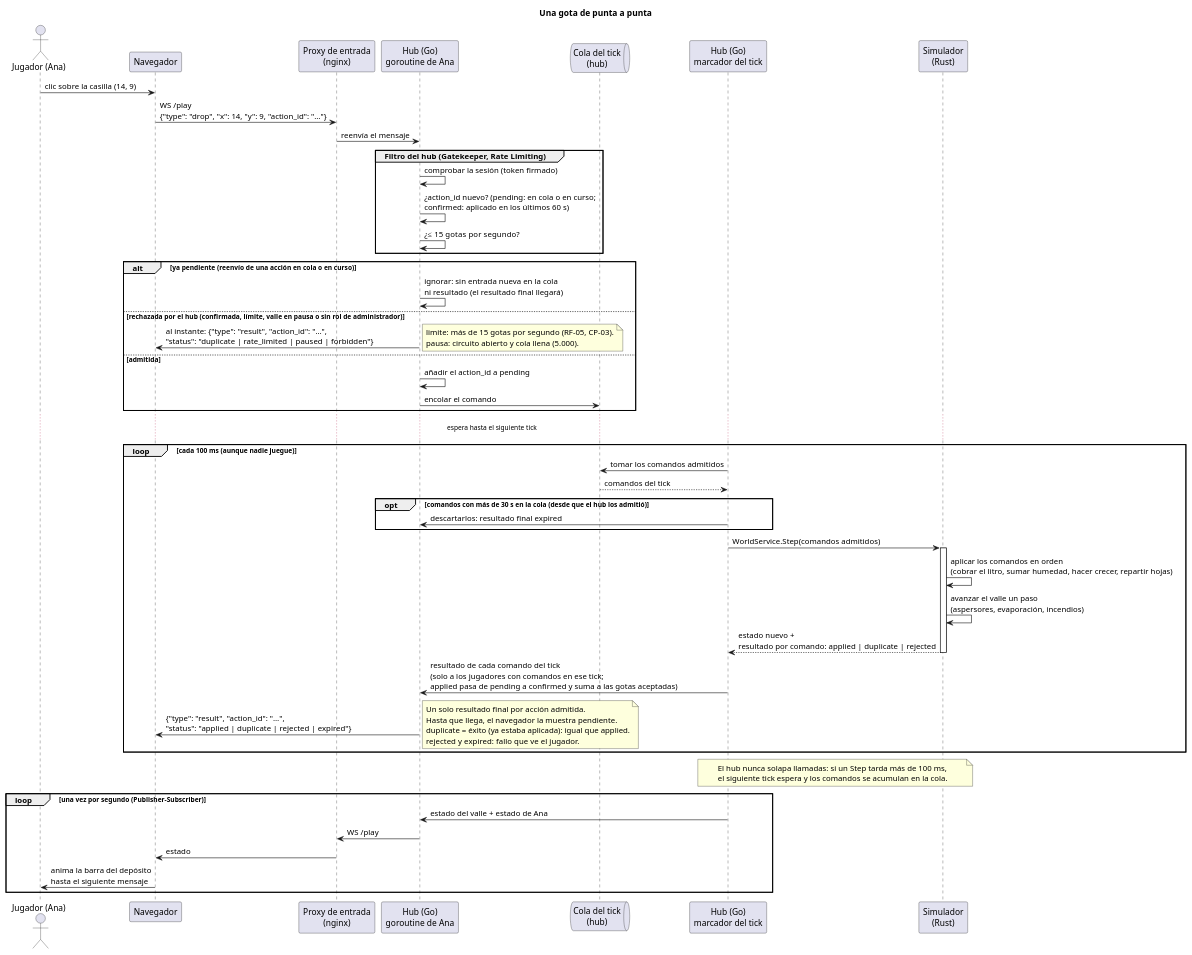
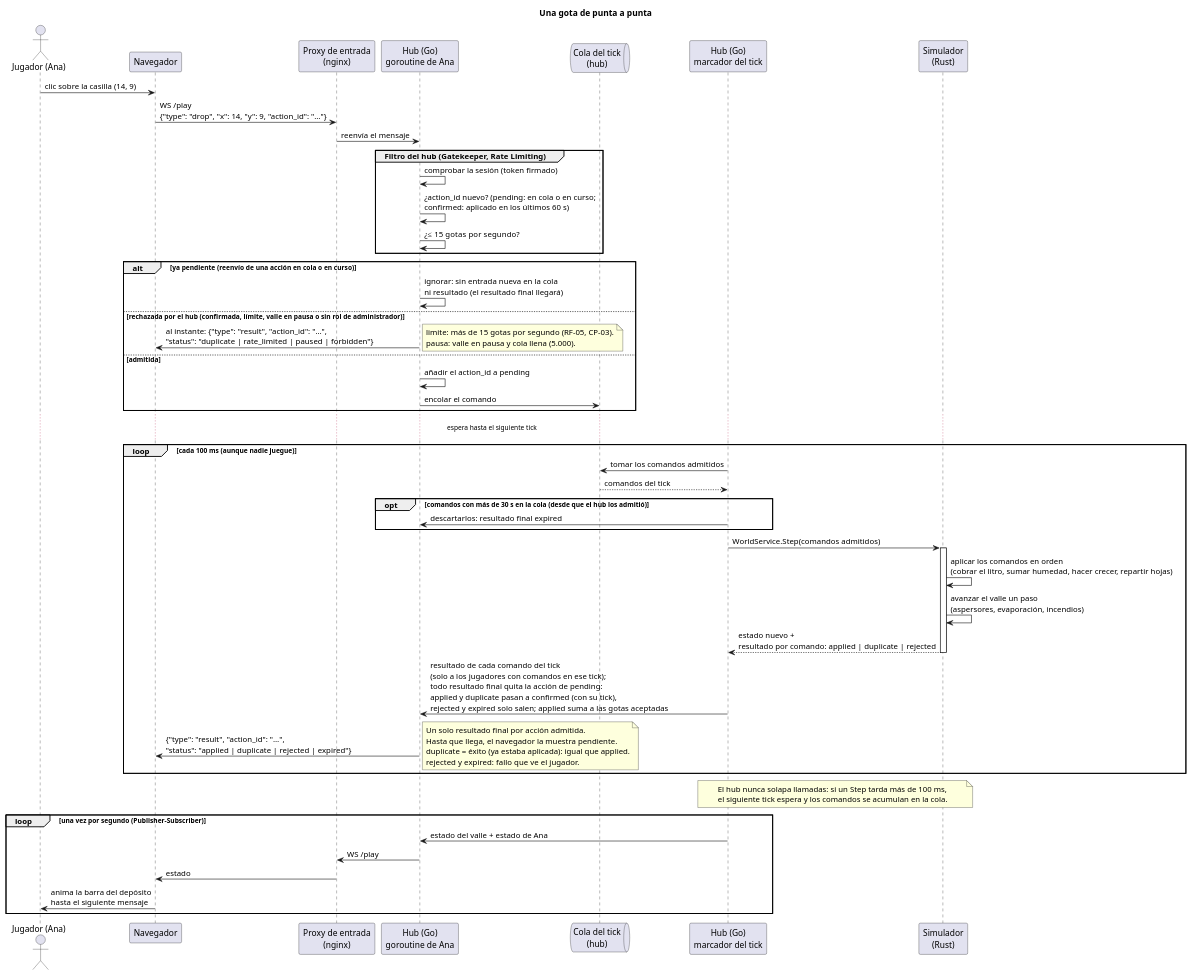
One commit to iadev2005/hydrovalley changed the diagram in docs/diagrams/03-secuencia-gota.puml. Above: the diagram before and after it, drawn with PlantUML. The commit also changed 16 other files, not shown here.

```diff
--- a/docs/diagrams/03-secuencia-gota.puml
+++ b/docs/diagrams/03-secuencia-gota.puml
@@ -1,71 +1,71 @@
 @startuml 03-secuencia-gota
 title Una gota de punta a punta
 
 actor "Jugador (Ana)" as Ana
 participant "Navegador" as Browser
 participant "Proxy de entrada\n(nginx)" as Proxy
 participant "Hub (Go)\ngoroutine de Ana" as Goroutine
 queue "Cola del tick\n(hub)" as Queue
 participant "Hub (Go)\nmarcador del tick" as Ticker
 participant "Simulador\n(Rust)" as World
 
 Ana -> Browser : clic sobre la casilla (14, 9)
 Browser -> Proxy : WS /play\n{"type": "drop", "x": 14, "y": 9, "action_id": "…"}
 Proxy -> Goroutine : reenvía el mensaje
 
 group Filtro del hub (Gatekeeper, Rate Limiting)
   Goroutine -> Goroutine : comprobar la sesión (token firmado)
   Goroutine -> Goroutine : ¿action_id nuevo? (pending: en cola o en curso;\nconfirmed: aplicado en los últimos 60 s)
   Goroutine -> Goroutine : ¿≤ 15 gotas por segundo?
 end
 
 alt ya pendiente (reenvío de una acción en cola o en curso)
   Goroutine -> Goroutine : ignorar: sin entrada nueva en la cola\nni resultado (el resultado final llegará)
 else rechazada por el hub (confirmada, límite, valle en pausa o sin rol de administrador)
   Goroutine -> Browser : al instante: {"type": "result", "action_id": "…",\n"status": "duplicate | rate_limited | paused | forbidden"}
   note right
     limite: más de 15 gotas por segundo (RF-05, CP-03).
-    pausa: circuito abierto y cola llena (5.000).
+    pausa: valle en pausa y cola llena (5.000).
   end note
 else admitida
   Goroutine -> Goroutine : añadir el action_id a pending
   Goroutine -> Queue : encolar el comando
 end
 
 ... espera hasta el siguiente tick ...
 
 loop cada 100 ms (aunque nadie juegue)
   Ticker -> Queue : tomar los comandos admitidos
   Queue --> Ticker : comandos del tick
   opt comandos con más de 30 s en la cola (desde que el hub los admitió)
     Ticker -> Goroutine : descartarlos: resultado final expired
   end
   Ticker -> World : WorldService.Step(comandos admitidos)
   activate World
   World -> World : aplicar los comandos en orden\n(cobrar el litro, sumar humedad, hacer crecer, repartir hojas)
   World -> World : avanzar el valle un paso\n(aspersores, evaporación, incendios)
   World --> Ticker : estado nuevo +\nresultado por comando: applied | duplicate | rejected
   deactivate World
-  Ticker -> Goroutine : resultado de cada comando del tick\n(solo a los jugadores con comandos en ese tick;\napplied pasa de pending a confirmed y suma a las gotas aceptadas)
+  Ticker -> Goroutine : resultado de cada comando del tick\n(solo a los jugadores con comandos en ese tick);\ntodo resultado final quita la acción de pending:\napplied y duplicate pasan a confirmed (con su tick),\nrejected y expired solo salen; applied suma a las gotas aceptadas
   Goroutine -> Browser : {"type": "result", "action_id": "…",\n"status": "applied | duplicate | rejected | expired"}
   note right
     Un solo resultado final por acción admitida.
     Hasta que llega, el navegador la muestra pendiente.
     duplicate = éxito (ya estaba aplicada): igual que applied.
     rejected y expired: fallo que ve el jugador.
   end note
 end
 
 note over Ticker, World
   El hub nunca solapa llamadas: si un Step tarda más de 100 ms,
   el siguiente tick espera y los comandos se acumulan en la cola.
 end note
 
 loop una vez por segundo (Publisher-Subscriber)
   Ticker -> Goroutine : estado del valle + estado de Ana
   Goroutine -> Proxy : WS /play
   Proxy -> Browser : estado
   Browser -> Ana : anima la barra del depósito\nhasta el siguiente mensaje
 end
 
 @enduml
```
